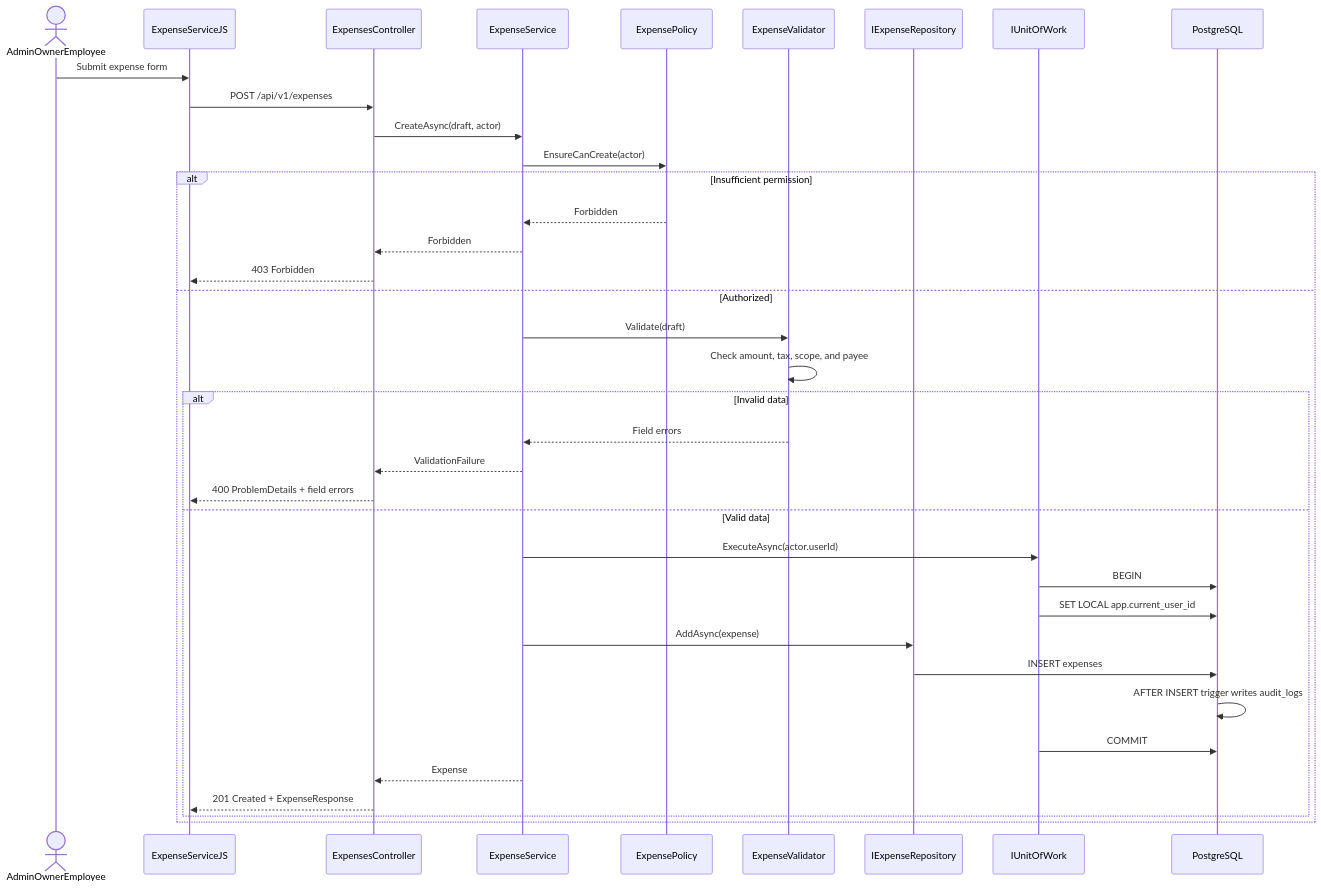
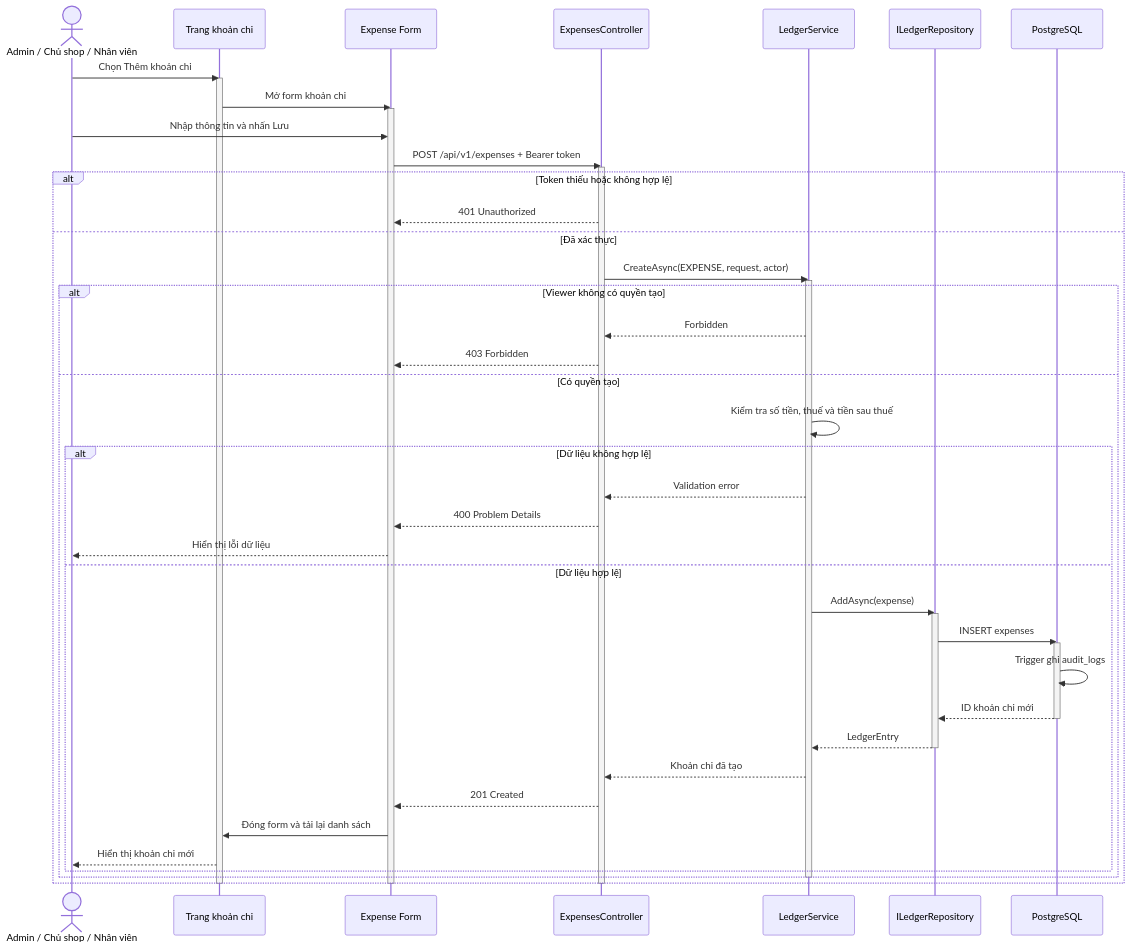
The fourth of 5 diagrams in docs/architecture/uml/02-sequence-diagrams.md (PhamHiep948/finance-manager), drawn with Mermaid before and after one commit. The commit also changed other lines of this file, not shown here.

Commit message:
Sua phan sequece diagram

````diff
--- a/docs/architecture/uml/02-sequence-diagrams.md
+++ b/docs/architecture/uml/02-sequence-diagrams.md
@@ -170,41 +220,54 @@
 ```mermaid
 sequenceDiagram
-    actor User as AdminOwnerEmployee
-    participant Web as ExpenseServiceJS
-    participant Api as ExpensesController
-    participant Service as ExpenseService
-    participant Policy as ExpensePolicy
-    participant Validator as ExpenseValidator
-    participant Repo as IExpenseRepository
-    participant Uow as IUnitOfWork
-    participant Db as PostgreSQL
+    actor User as Admin / Chủ shop / Nhân viên
+    participant Page as Trang khoản chi
+    participant Form as Expense Form
+    participant API as ExpensesController
+    participant Service as LedgerService
+    participant Repo as ILedgerRepository
+    participant DB as PostgreSQL
 
-    User->>Web: Submit expense form
-    Web->>Api: POST /api/v1/expenses
-    Api->>Service: CreateAsync(draft, actor)
-    Service->>Policy: EnsureCanCreate(actor)
+    User->>Page: Chọn Thêm khoản chi
+    activate Page
+    Page->>Form: Mở form khoản chi
+    activate Form
+    User->>Form: Nhập thông tin và nhấn Lưu
+    Form->>API: POST /api/v1/expenses + Bearer token
+    activate API
 
-    alt Insufficient permission
-        Policy-->>Service: Forbidden
-        Service-->>Api: Forbidden
-        Api-->>Web: 403 Forbidden
-    else Authorized
-        Service->>Validator: Validate(draft)
-        Validator->>Validator: Check amount, tax, scope, and payee
-        alt Invalid data
-            Validator-->>Service: Field errors
-            Service-->>Api: ValidationFailure
-            Api-->>Web: 400 ProblemDetails + field errors
-        else Valid data
-            Service->>Uow: ExecuteAsync(actor.userId)
-            Uow->>Db: BEGIN
-            Uow->>Db: SET LOCAL app.current_user_id
-            Service->>Repo: AddAsync(expense)
-            Repo->>Db: INSERT expenses
-            Db->>Db: AFTER INSERT trigger writes audit_logs
-            Uow->>Db: COMMIT
-            Service-->>Api: Expense
-            Api-->>Web: 201 Created + ExpenseResponse
+    alt Token thiếu hoặc không hợp lệ
+        API-->>Form: 401 Unauthorized
+    else Đã xác thực
+        API->>Service: CreateAsync(EXPENSE, request, actor)
+        activate Service
+        alt Viewer không có quyền tạo
+            Service-->>API: Forbidden
+            API-->>Form: 403 Forbidden
+        else Có quyền tạo
+            Service->>Service: Kiểm tra số tiền, thuế và tiền sau thuế
+            alt Dữ liệu không hợp lệ
+                Service-->>API: Validation error
+                API-->>Form: 400 Problem Details
+                Form-->>User: Hiển thị lỗi dữ liệu
+            else Dữ liệu hợp lệ
+                Service->>Repo: AddAsync(expense)
+                activate Repo
+                Repo->>DB: INSERT expenses
+                activate DB
+                DB->>DB: Trigger ghi audit_logs
+                DB-->>Repo: ID khoản chi mới
+                deactivate DB
+                Repo-->>Service: LedgerEntry
+                deactivate Repo
+                Service-->>API: Khoản chi đã tạo
+                API-->>Form: 201 Created
+                Form->>Page: Đóng form và tải lại danh sách
+                Page-->>User: Hiển thị khoản chi mới
+            end
         end
+        deactivate Service
     end
+    deactivate API
+    deactivate Form
+    deactivate Page
 ```
````
